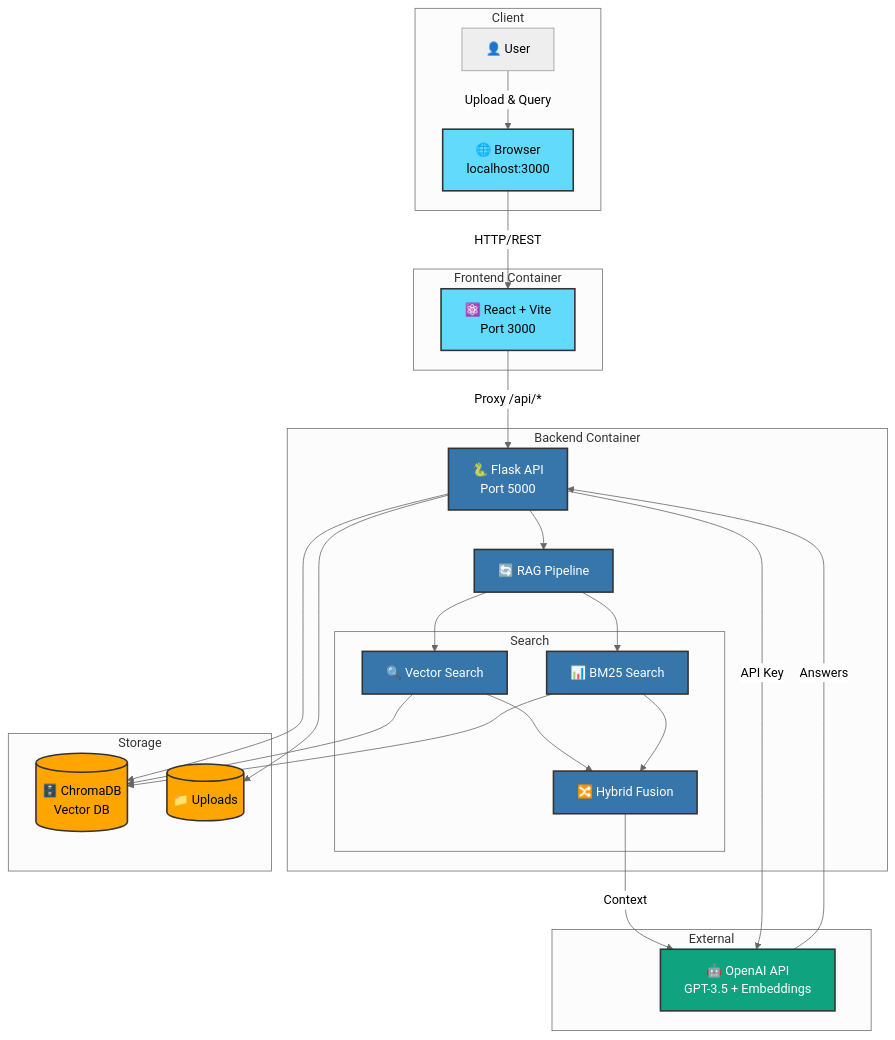
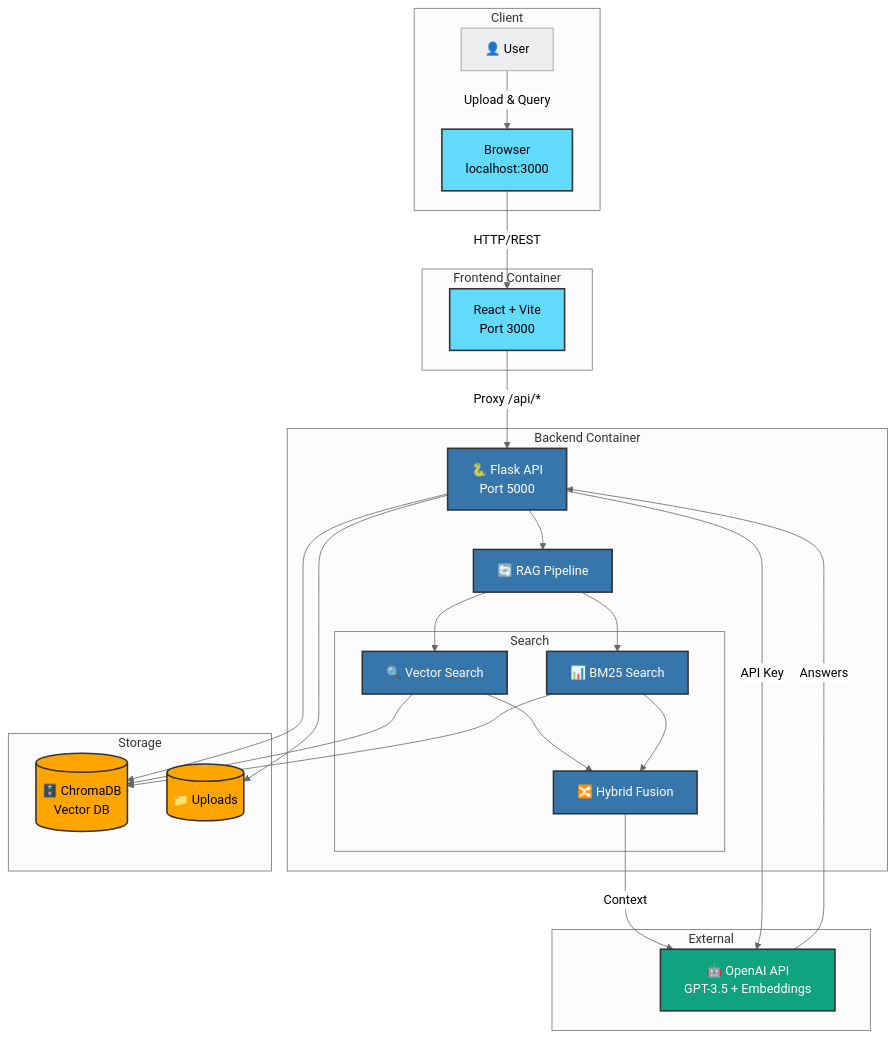
One commit to cld2labs/ClinIQ changed the diagram in README.md. Above: the diagram before and after it, drawn with Mermaid (neutral theme).

Commit message:
Remove emojis from README diagram
Removed emoji from browser and React descriptions in the diagram.

````diff
--- a/README.md
+++ b/README.md
@@ -39,57 +39,57 @@
 ```mermaid
 graph TB
     subgraph "Client"
         User[👤 User]
-        Browser[🌐 Browser<br/>localhost:3000]
+        Browser[ Browser<br/>localhost:3000]
     end
 
     subgraph "Frontend Container"
-        React[⚛️ React + Vite<br/>Port 3000]
+        React[ React + Vite<br/>Port 3000]
     end
 
     subgraph "Backend Container"
         Flask[🐍 Flask API<br/>Port 5000]
         RAG[🔄 RAG Pipeline]
         
         subgraph "Search"
             Vector[🔍 Vector Search]
             BM25[📊 BM25 Search]
             Hybrid[🔀 Hybrid Fusion]
         end
     end
 
     subgraph "Storage"
         ChromaDB[(🗄️ ChromaDB<br/>Vector DB)]
         Files[(📁 Uploads)]
     end
 
     subgraph "External"
         OpenAI[🤖 OpenAI API<br/>GPT-3.5 + Embeddings]
     end
 
     User -->|Upload & Query| Browser
     Browser -->|HTTP/REST| React
     React -->|Proxy /api/*| Flask
     Flask --> RAG
     RAG --> Vector
     RAG --> BM25
     Vector --> Hybrid
     BM25 --> Hybrid
     Hybrid -->|Context| OpenAI
     Vector --> ChromaDB
     BM25 --> ChromaDB
     Flask --> ChromaDB
     Flask --> Files
     Flask -->|API Key| OpenAI
     OpenAI -->|Answers| Flask
 
     classDef frontend fill:#61dafb,stroke:#333,stroke-width:2px
     classDef backend fill:#3776ab,stroke:#333,stroke-width:2px,color:#fff
     classDef data fill:#ffa500,stroke:#333,stroke-width:2px
     classDef external fill:#10a37f,stroke:#333,stroke-width:2px,color:#fff
     
     class Browser,React frontend
     class Flask,RAG,Vector,BM25,Hybrid backend
     class ChromaDB,Files data
     class OpenAI external
 ```
````
